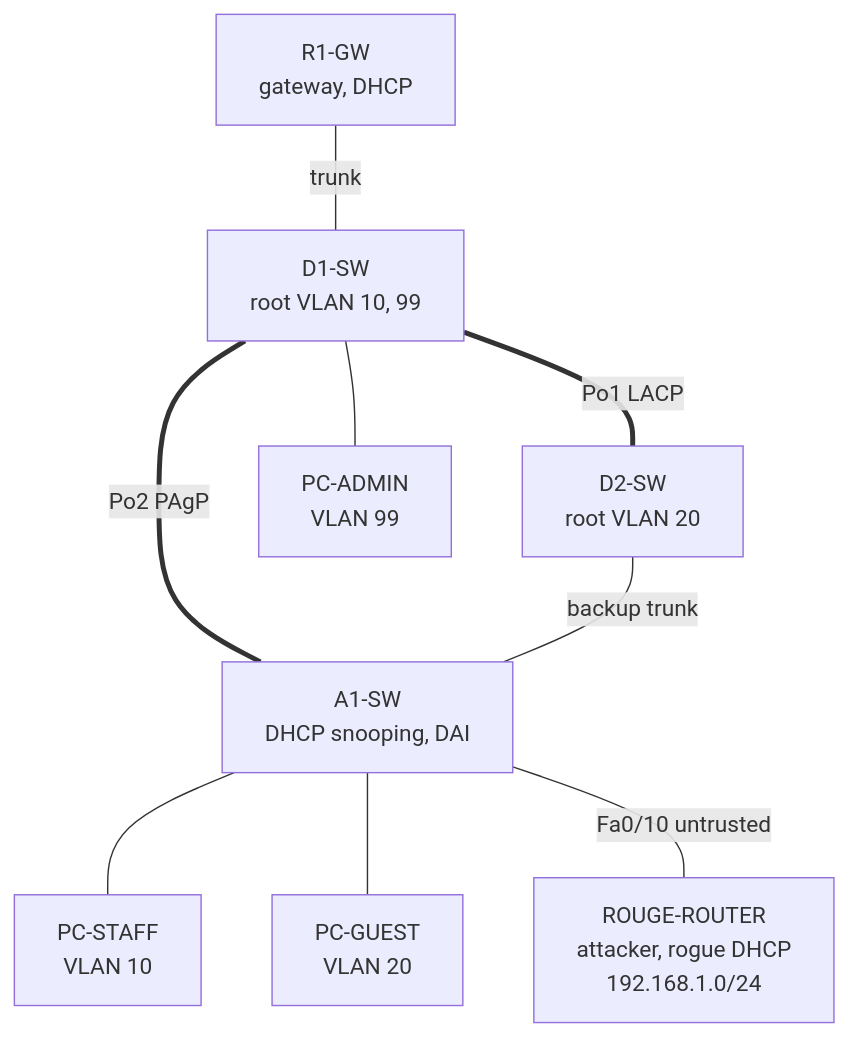
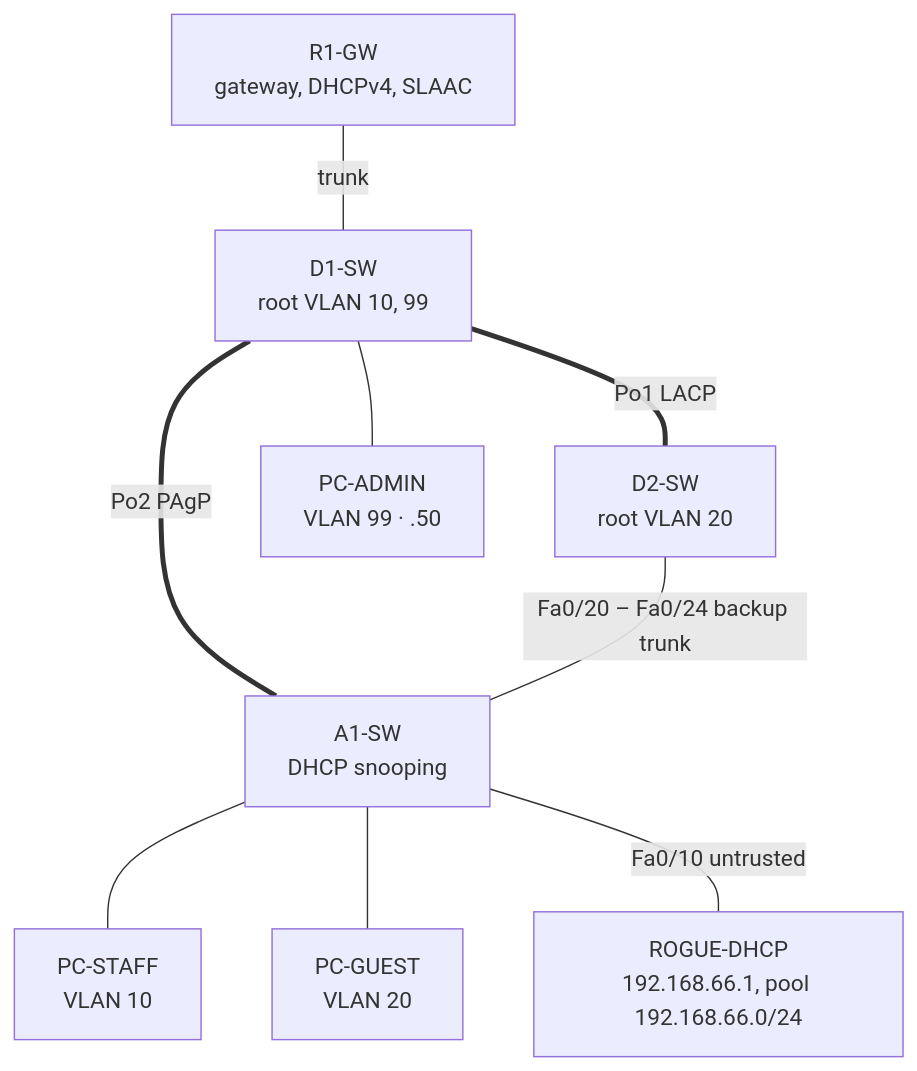
Before and after one commit to mwozniak-net/cisco-network-labs: the diagram in 04-hotelnova-l2-security/README.md, drawn with Mermaid. The commit also changed other lines of this file and 29 other files, not shown here.

````diff
--- a/04-hotelnova-l2-security/README.md
+++ b/04-hotelnova-l2-security/README.md
@@ -11,19 +13,19 @@
 ```mermaid
 flowchart TB
-  R1["R1-GW<br/>gateway, DHCP"]
+  R1["R1-GW<br/>gateway, DHCPv4, SLAAC"]
   D1["D1-SW<br/>root VLAN 10, 99"]
   D2["D2-SW<br/>root VLAN 20"]
-  A1["A1-SW<br/>DHCP snooping, DAI"]
-  ADM["PC-ADMIN<br/>VLAN 99"]
+  A1["A1-SW<br/>DHCP snooping"]
+  ADM["PC-ADMIN<br/>VLAN 99 · .50"]
   STF["PC-STAFF<br/>VLAN 10"]
   GST["PC-GUEST<br/>VLAN 20"]
-  ROGUE["ROUGE-ROUTER<br/>attacker, rogue DHCP<br/>192.168.1.0/24"]
+  ROGUE["ROGUE-DHCP<br/>192.168.66.1, pool 192.168.66.0/24"]
   R1 ---|"trunk"| D1
   D1 ===|"Po1 LACP"| D2
   D1 ===|"Po2 PAgP"| A1
-  D2 ---|"backup trunk"| A1
+  D2 ---|"Fa0/20 – Fa0/24 backup trunk"| A1
   D1 --- ADM
   A1 --- STF
   A1 --- GST
   A1 ---|"Fa0/10 untrusted"| ROGUE
 ```
````
